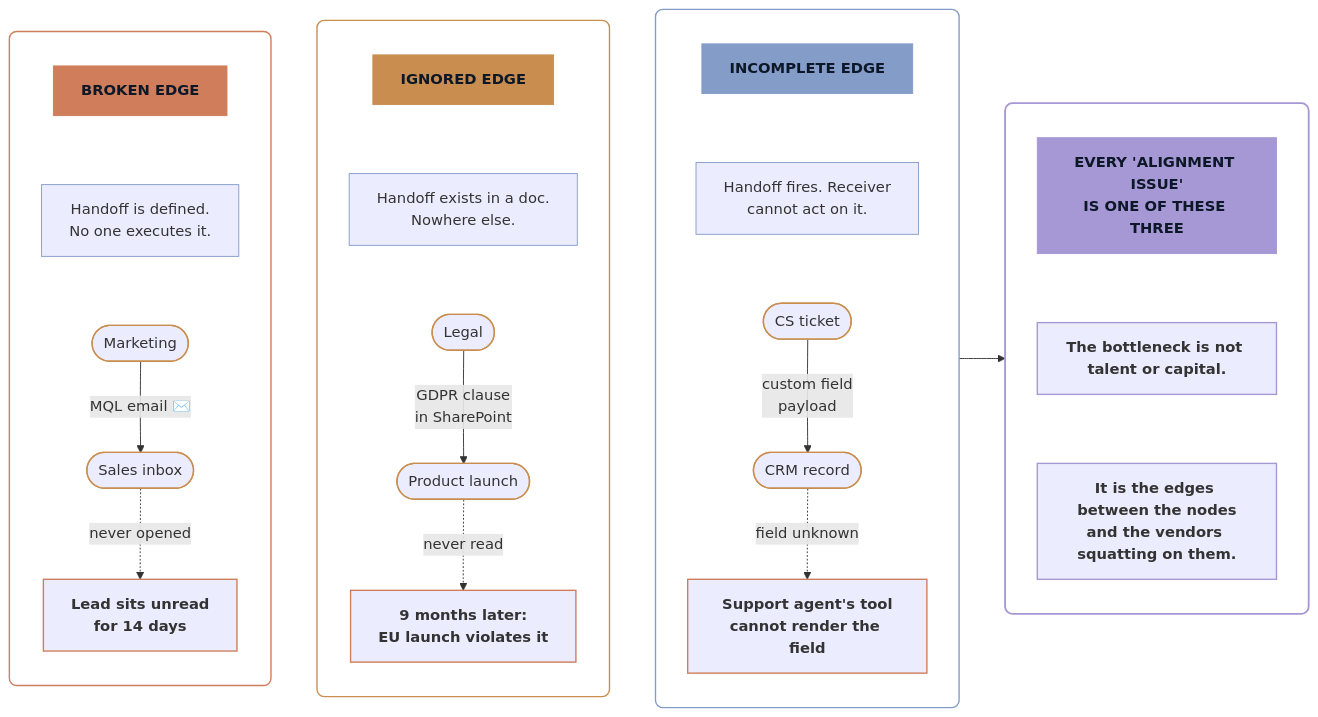
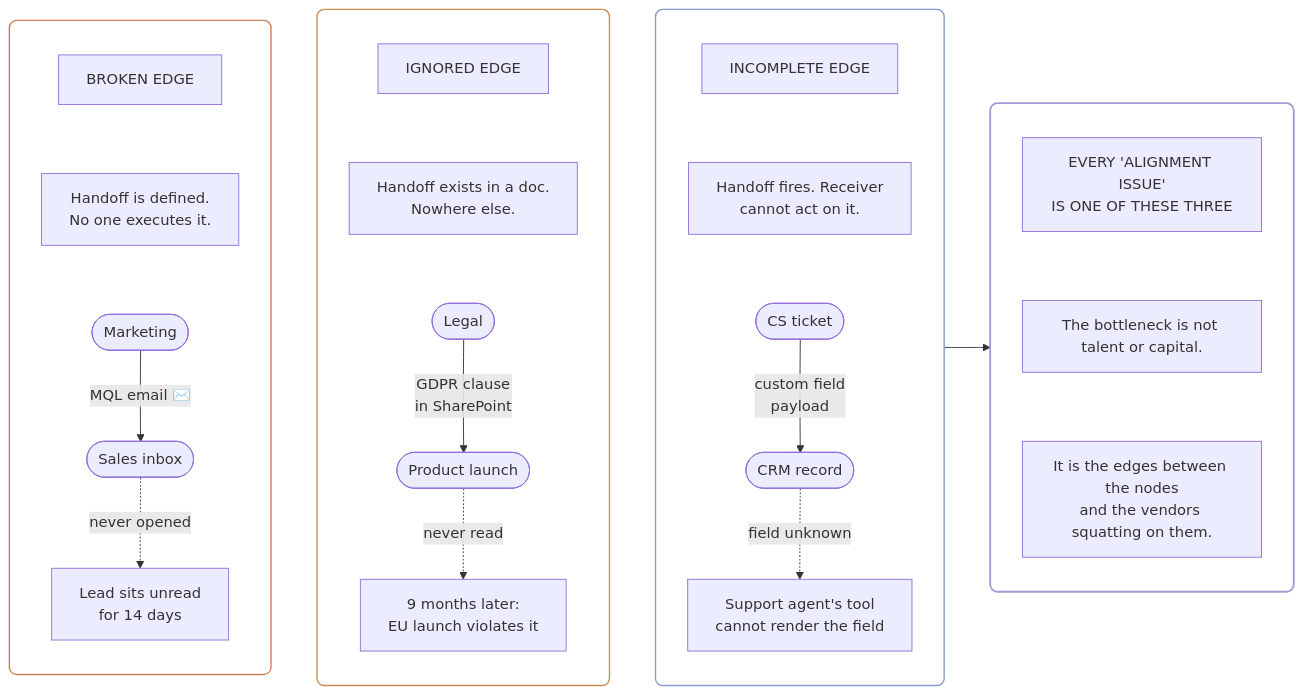
One commit to TarrySingh/tarrysingh-com changed the second of 4 diagrams in content/blog/companies-are-workflows-audit-got-cheap.mdx. Above: the diagram before and after it, drawn with Mermaid. The commit also changed other lines of this file and 115 other files, not shown here.

````diff
--- a/content/blog/companies-are-workflows-audit-got-cheap.mdx
+++ b/content/blog/companies-are-workflows-audit-got-cheap.mdx
@@ -43,71 +43,63 @@
 ```mermaid
 %% caption: Every "alignment issue" a board hears about is one of these three failure modes in disguise.
 flowchart LR
   subgraph BROKEN[" "]
     direction TB
     B_H["BROKEN EDGE"]
     B_DESC["Handoff is defined.\nNo one executes it."]
     B1(["Marketing"])
     B2(["Sales inbox"])
     B1 -- "MQL email ✉️" --> B2
     B3["Lead sits unread\nfor 14 days"]
     B2 -. "never opened" .-> B3
     B_H ~~~ B_DESC
     B_DESC ~~~ B1
   end
   subgraph IGNORED[" "]
     direction TB
     I_H["IGNORED EDGE"]
     I_DESC["Handoff exists in a doc.\nNowhere else."]
     I1(["Legal"])
     I2(["Product launch"])
     I1 -- "GDPR clause\nin SharePoint" --> I2
     I3["9 months later:\nEU launch violates it"]
     I2 -. "never read" .-> I3
     I_H ~~~ I_DESC
     I_DESC ~~~ I1
   end
   subgraph INCOMPLETE[" "]
     direction TB
     IC_H["INCOMPLETE EDGE"]
     IC_DESC["Handoff fires. Receiver\ncannot act on it."]
     IC1(["CS ticket"])
     IC2(["CRM record"])
     IC1 -- "custom field\npayload" --> IC2
     IC3["Support agent's tool\ncannot render the field"]
     IC2 -. "field unknown" .-> IC3
     IC_H ~~~ IC_DESC
     IC_DESC ~~~ IC1
   end
   subgraph TAKEAWAY[" "]
     direction TB
     T_H["EVERY 'ALIGNMENT ISSUE'\nIS ONE OF THESE THREE"]
     T1["The bottleneck is not talent or capital."]
     T2["It is the edges between the nodes\nand the vendors squatting on them."]
     T_H ~~~ T1
     T1 ~~~ T2
   end
   BROKEN ~~~ IGNORED
   IGNORED ~~~ INCOMPLETE
   INCOMPLETE --> TAKEAWAY
-  classDef hdrRose fill:#cf7d5a,stroke:#cf7d5a,color:#0c1828,font-weight:bold
-  classDef hdrCopper fill:#c98e4f,stroke:#c98e4f,color:#0c1828,font-weight:bold
-  classDef hdrCool fill:#849cc8,stroke:#849cc8,color:#0c1828,font-weight:bold
-  classDef hdrViolet fill:#a698d4,stroke:#a698d4,color:#0c1828,font-weight:bold
-  classDef descNode stroke:#849cc8,stroke-width:1px
-  classDef deptNode stroke:#c98e4f,stroke-width:1.5px
-  classDef failNode stroke:#cf7d5a,stroke-width:1.5px,font-weight:bold
-  classDef takeawayNode stroke:#a698d4,stroke-width:1.5px,font-weight:bold
   class B_H hdrRose
   class I_H hdrCopper
   class IC_H hdrCool
   class B_DESC,I_DESC,IC_DESC descNode
   class B1,B2,I1,I2,IC1,IC2 deptNode
   class B3,I3,IC3 failNode
   class T_H hdrViolet
   class T1,T2 takeawayNode
   style BROKEN fill:none,stroke:#cf7d5a,stroke-width:1.5px,rx:8
   style IGNORED fill:none,stroke:#c98e4f,stroke-width:1.5px,rx:8
   style INCOMPLETE fill:none,stroke:#849cc8,stroke-width:1.5px,rx:8
   style TAKEAWAY fill:none,stroke:#a698d4,stroke-width:2px,rx:8
 ```
````
